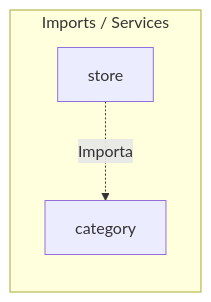
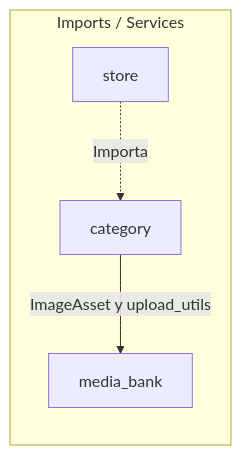
One commit to melafrancom/web_bulonera_alvear changed the diagram in category/README.md. Above: the diagram before and after it, drawn with Mermaid. The commit also changed other lines of this file and 8 other files, not shown here.

````diff
--- a/category/README.md
+++ b/category/README.md
@@ -24,7 +24,9 @@
 ```mermaid
 graph LR
     subgraph Imports / Services
         category[category]
+        media_bank[media_bank]
         store[store] -.->|Importa| category
+        category -->|ImageAsset y upload_utils| media_bank
     end
 ```
````
